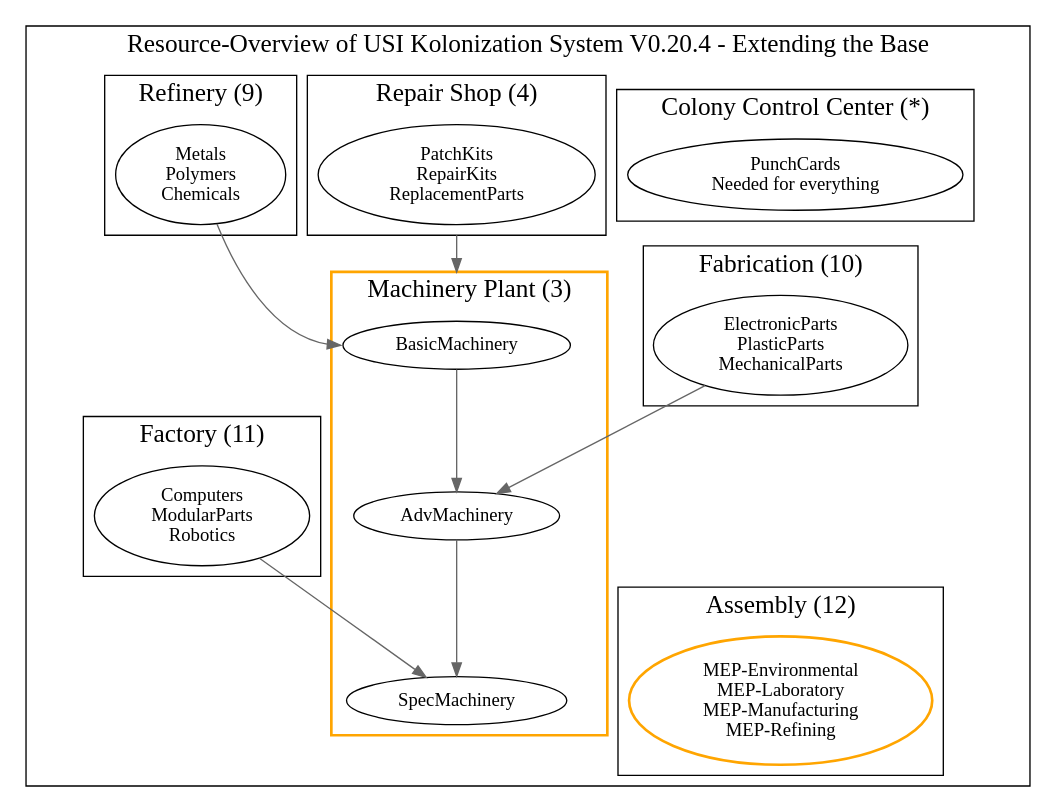
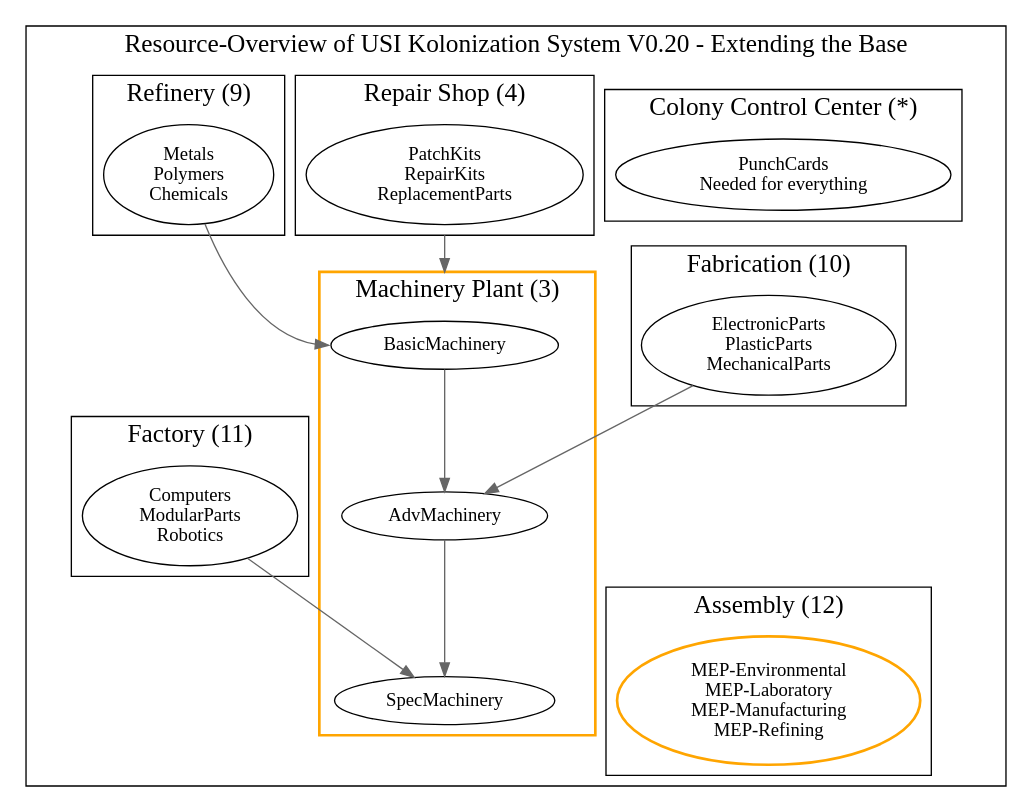
One commit to mhoram-kerbin/USI-Kolonization-Systems-Resources changed the diagram in Extending.dot. Above: the diagram before and after it, drawn with Graphviz. The commit also changed 3 other files, not shown here.

```diff
--- a/Extending.dot
+++ b/Extending.dot
@@ -1,76 +1,76 @@
 /* -*- coding: utf-8; -*-
 Overview over USI Kolonization System Resources
 Copyright 2014 By Mhoram
 
 This Work may be distributed under the Creative Commons
 Attribution-ShareAlike 4.0 International or Creative Commons
 Attribution-NonCommercial-ShareAlike 4.0 International License as you
 chose.
 
 */
 
 # dot -Tpdf -o Extending.pdf Extending.dot
 # dot -Tpng -o Resources.png Resources.dot
 
 digraph Resources {
     compound=true;
 
     subgraph clusterEXTENSION {
-        graph [label="Resource-Overview of USI Kolonization System V0.20.4 - Extending the Base" fontsize=19];
+        graph [label="Resource-Overview of USI Kolonization System V0.20 - Extending the Base" fontsize=19];
 
 
         subgraph clusterCCCE {
             label="Colony Control Center (*)";
             CommandE [label="PunchCards\nNeeded for everything"];
         }
 
         subgraph clusterRepairE {
             label="Repair Shop (4)";
             RepairKitsE [label="PatchKits\nRepairKits\nReplacementParts"];
         }
 
 
         subgraph clusterRefineryE {
             label="Refinery (9)";
             PolymersE [label="Metals\nPolymers\nChemicals"];
         }
 
         subgraph clusterFabricationE {
             label="Fabrication (10)"
             PlasticPartsE [label="ElectronicParts\nPlasticParts\nMechanicalParts"];
         }
 
         subgraph clusterFactoryE {
             label="Factory (11)"
             ComputersE [label="Computers\nModularParts\nRobotics"];
         }
 
         subgraph clusterAssemblyE {
             label="Assembly (12)"
             AssemblyE [label="MEP-Environmental\nMEP-Laboratory\nMEP-Manufacturing\nMEP-Refining", color="orange",penwidth=2];
         }
 
         subgraph clusterMachinery {
             label="Machinery Plant (3)";
             color="orange";penwidth=2;
             BasicMachinery;
             AdvMachinery;
             SpecMachinery;
             BasicMachinery -> AdvMachinery -> SpecMachinery [color="#666666",weight=10];
         }
 
         edge [color="#666666"];
 
         RepairKitsE -> BasicMachinery [lhead=clusterMachinery; ltail=clusterRepairE,weight=10];
 
         PolymersE -> BasicMachinery[headport=w];
         PlasticPartsE -> AdvMachinery;
         ComputersE -> SpecMachinery;
         CommandE -> PlasticPartsE [style=invisible,arrowhead=none];
         BasicMachinery -> ComputersE [style=invisible,arrowhead=none];
         PlasticPartsE -> AssemblyE [style=invisible,arrowhead=none];
         PolymersE -> ComputersE [style=invisible,arrowhead=none];
         AdvMachinery -> AssemblyE [style=invisible,arrowhead=none];
     }
 
 }
```
